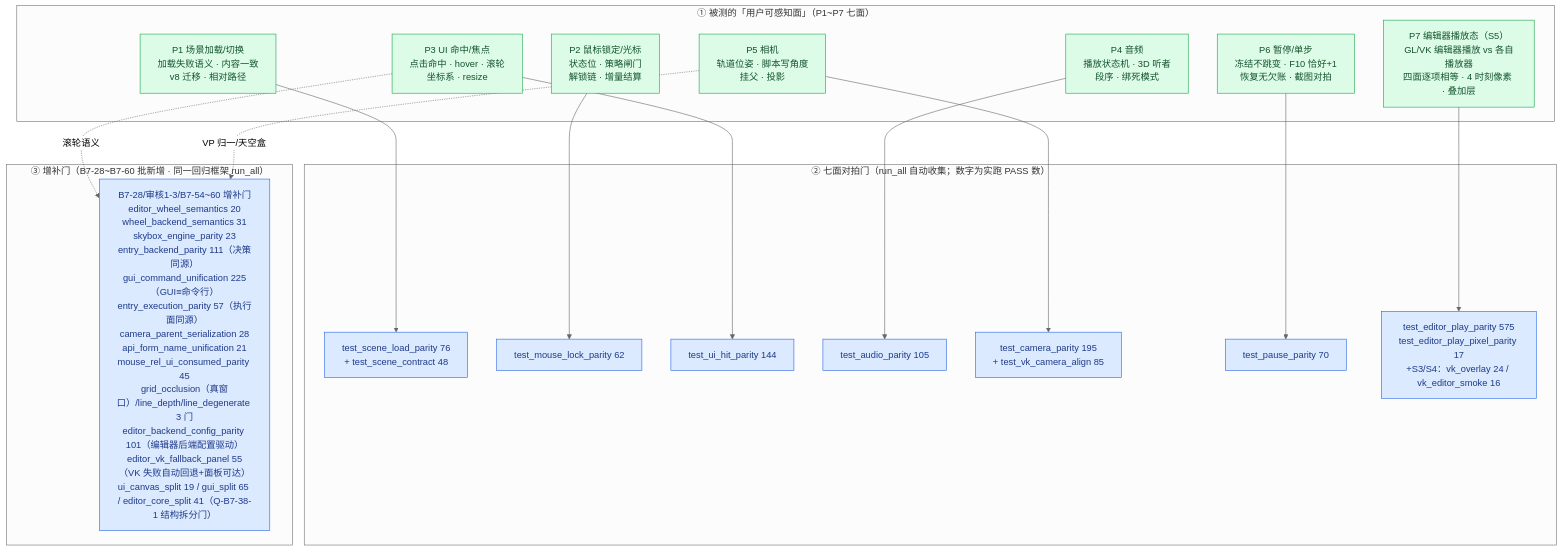
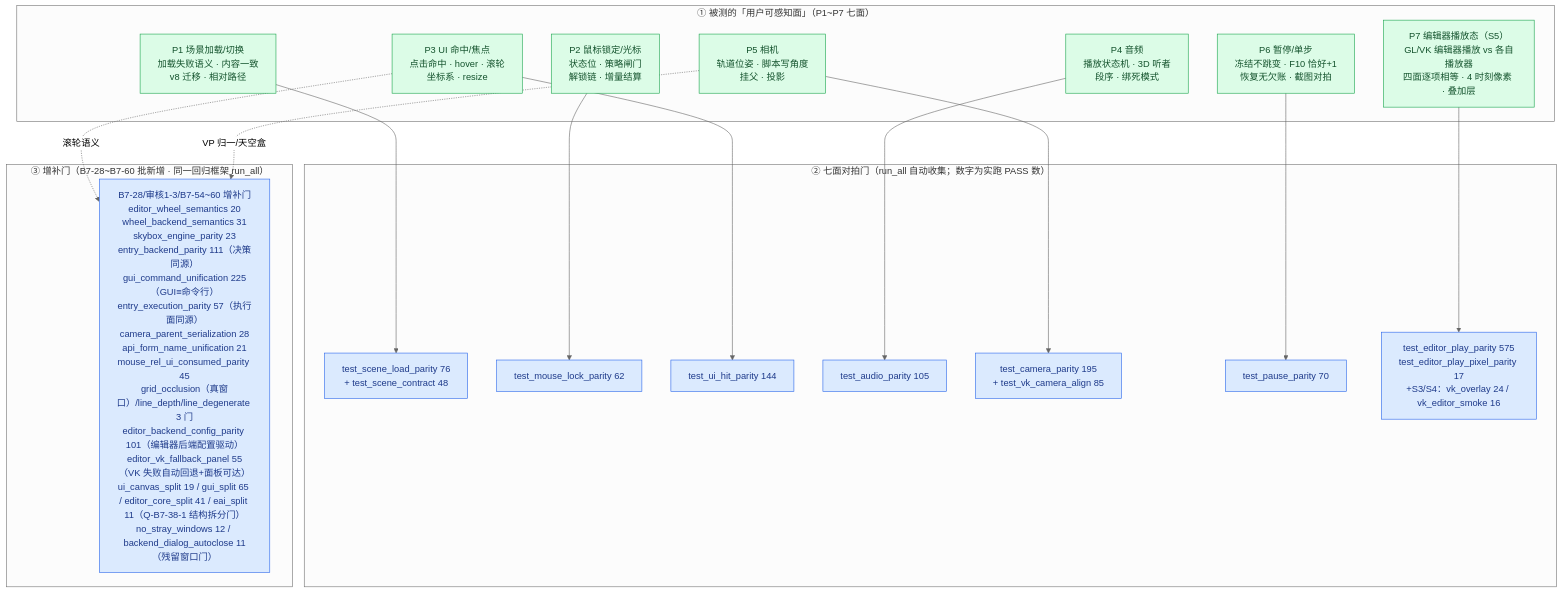
One commit to lhy302/WeaveEngine changed diagram 22 of 23 in ARCHITECTURE.md. Above: the diagram before and after it, drawn with Mermaid (neutral theme). The commit also changed other lines of this file, not shown here.

Commit message:
docs: ARCHITECTURE.md 台账同步到 HEAD 9441f6c（只读审核 17 处漂移全部更正 + 聚合收口 242→245 个 .py/67898 行 + 图19 收录 43 门 + 如实登记 mouse_lock ④ 间歇假红）

````diff
--- a/ARCHITECTURE.md
+++ b/ARCHITECTURE.md
@@ -1549,35 +1562,35 @@
 ```mermaid
 flowchart TB
   subgraph FACES["① 被测的「用户可感知面」（P1~P7 七面）"]
     F1["P1 场景加载/切换<br/>加载失败语义 · 内容一致<br/>v8 迁移 · 相对路径"]:::ok
     F2["P2 鼠标锁定/光标<br/>状态位 · 策略闸门<br/>解锁链 · 增量结算"]:::ok
     F3["P3 UI 命中/焦点<br/>点击命中 · hover · 滚轮<br/>坐标系 · resize"]:::ok
     F4["P4 音频<br/>播放状态机 · 3D 听者<br/>段序 · 绑死模式"]:::ok
     F5["P5 相机<br/>轨道位姿 · 脚本写角度<br/>挂父 · 投影"]:::ok
     F6["P6 暂停/单步<br/>冻结不跳变 · F10 恰好+1<br/>恢复无欠账 · 截图对拍"]:::ok
     F7["P7 编辑器播放态（S5）<br/>GL/VK 编辑器播放 vs 各自播放器<br/>四面逐项相等 · 4 时刻像素 · 叠加层"]:::ok
   end
   subgraph COREGATES["② 七面对拍门（run_all 自动收集；数字为实跑 PASS 数）"]
     G1["test_scene_load_parity 76<br/>+ test_scene_contract 48"]:::gate
     G2["test_mouse_lock_parity 62"]:::gate
     G3["test_ui_hit_parity 144"]:::gate
     G4["test_audio_parity 105"]:::gate
     G5["test_camera_parity 195<br/>+ test_vk_camera_align 85"]:::gate
     G6["test_pause_parity 70"]:::gate
     G7["test_editor_play_parity 575<br/>test_editor_play_pixel_parity 17<br/>+S3/S4：vk_overlay 24 / vk_editor_smoke 16"]:::gate
   end
   subgraph ADDGATES["③ 增补门（B7-28~B7-60 批新增 · 同一回归框架 run_all）"]
-    G8["B7-28/审核1-3/B7-54~60 增补门<br/>editor_wheel_semantics 20<br/>wheel_backend_semantics 31<br/>skybox_engine_parity 23<br/>entry_backend_parity 111（决策同源）<br/>gui_command_unification 225（GUI≡命令行）<br/>entry_execution_parity 57（执行面同源）<br/>camera_parent_serialization 28<br/>api_form_name_unification 21<br/>mouse_rel_ui_consumed_parity 45<br/>grid_occlusion（真窗口）/line_depth/line_degenerate 3 门<br/>editor_backend_config_parity 101（编辑器后端配置驱动）<br/>editor_vk_fallback_panel 55（VK 失败自动回退+面板可达）<br/>ui_canvas_split 19 / gui_split 65 / editor_core_split 41（Q-B7-38-1 结构拆分门）"]:::gate
+    G8["B7-28/审核1-3/B7-54~60 增补门<br/>editor_wheel_semantics 20<br/>wheel_backend_semantics 31<br/>skybox_engine_parity 23<br/>entry_backend_parity 111（决策同源）<br/>gui_command_unification 225（GUI≡命令行）<br/>entry_execution_parity 57（执行面同源）<br/>camera_parent_serialization 28<br/>api_form_name_unification 21<br/>mouse_rel_ui_consumed_parity 45<br/>grid_occlusion（真窗口）/line_depth/line_degenerate 3 门<br/>editor_backend_config_parity 101（编辑器后端配置驱动）<br/>editor_vk_fallback_panel 55（VK 失败自动回退+面板可达）<br/>ui_canvas_split 19 / gui_split 65 / editor_core_split 41 / eai_split 11（Q-B7-38-1 结构拆分门）<br/>no_stray_windows 12 / backend_dialog_autoclose 11（残留窗口门）"]:::gate
   end
   F1 --> G1
   F2 --> G2
   F3 --> G3
   F3 -.->|滚轮语义| G8
   F4 --> G4
   F5 --> G5
   F5 -.->|VP 归一/天空盒| G8
   F6 --> G6
   F7 --> G7
   classDef ok fill:#dcfce7,stroke:#16a34a,color:#14532d
   classDef gate fill:#dbeafe,stroke:#2563eb,color:#1e3a8a
 ```
````
